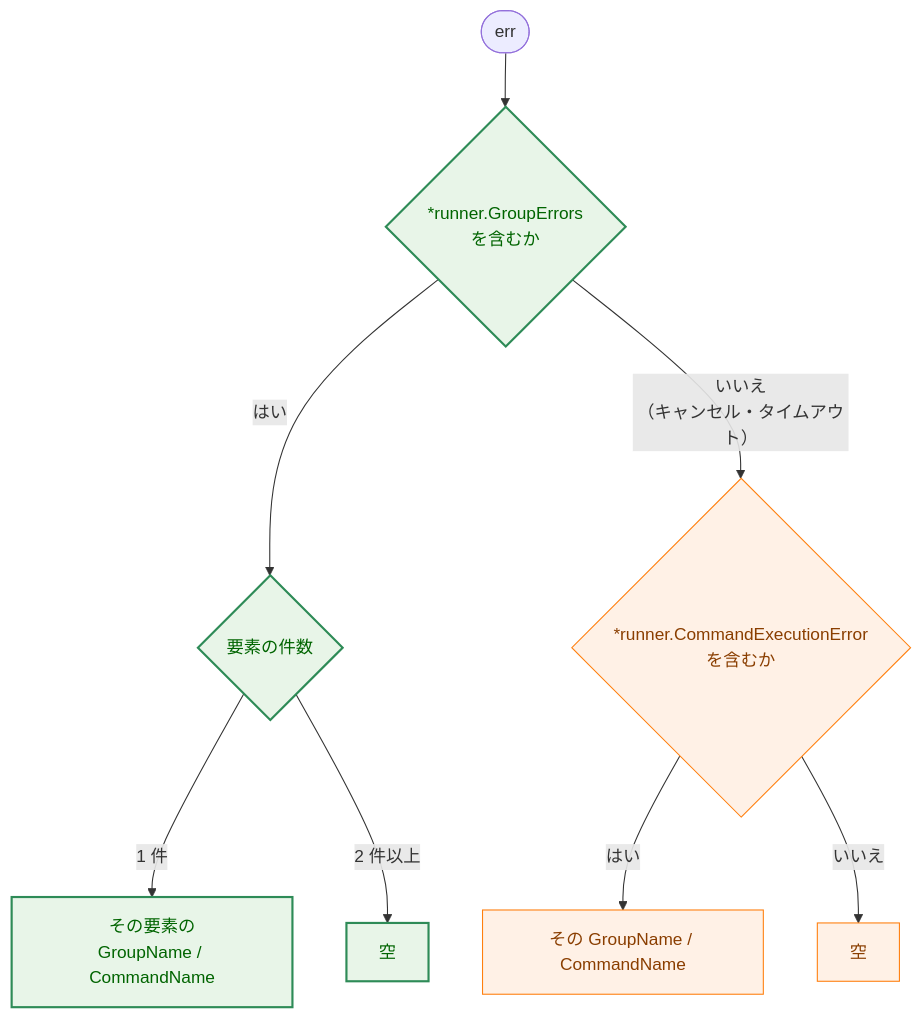
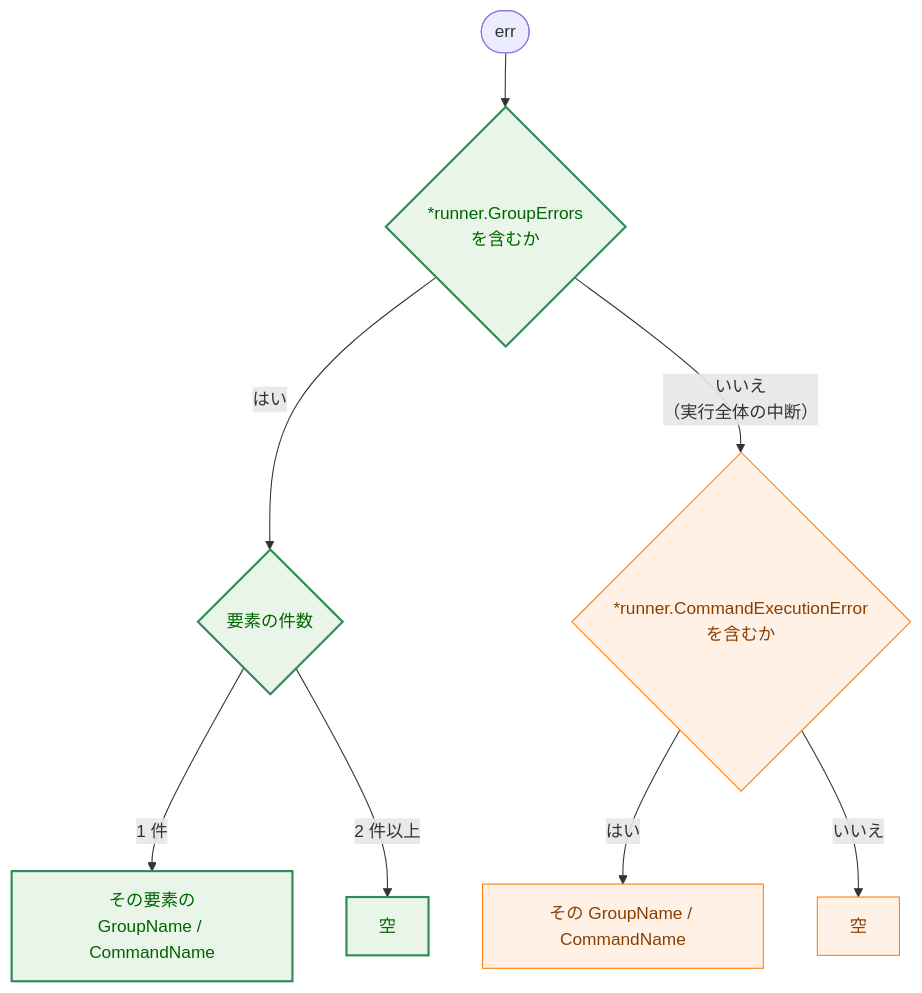
Before and after one commit to isseis/go-safe-cmd-runner: the seventh of 12 diagrams in docs/tasks/0177_multi_group_error_attribution/02_architecture.md, drawn with Mermaid. The commit also changed other lines of this file and 1 other file, not shown here.

Commit message:
docs(0177): Re-approved the requirements and added the architecture document.

````diff
--- a/docs/tasks/0177_multi_group_error_attribution/02_architecture.md
+++ b/docs/tasks/0177_multi_group_error_attribution/02_architecture.md
@@ -406,16 +434,16 @@
 ```mermaid
 flowchart TD
     classDef enhanced fill:#e8f5e8,stroke:#2e8b57,stroke-width:2px,color:#006400;
     classDef process fill:#fff1e6,stroke:#ff7f0e,stroke-width:1px,color:#8a3e00;
 
     S(["err"]) --> Q1{"*runner.GroupErrors<br>を含むか"}
     Q1 -->|"はい"| Q2{"要素の件数"}
     Q2 -->|"1 件"| R1["その要素の<br>GroupName / CommandName"]
     Q2 -->|"2 件以上"| R2["空"]
-    Q1 -->|"いいえ<br>（キャンセル・タイムアウト）"| Q3{"*runner.CommandExecutionError<br>を含むか"}
+    Q1 -->|"いいえ<br>（実行全体の中断）"| Q3{"*runner.CommandExecutionError<br>を含むか"}
     Q3 -->|"はい"| R3["その GroupName / CommandName"]
     Q3 -->|"いいえ"| R4["空"]
 
     class Q1,Q2,R1,R2 enhanced
     class Q3,R3,R4 process
 ```
````
